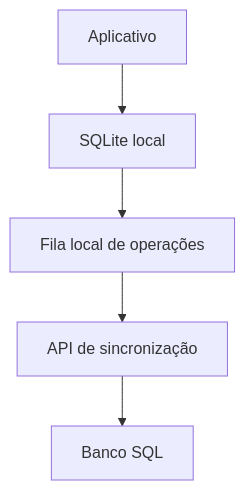
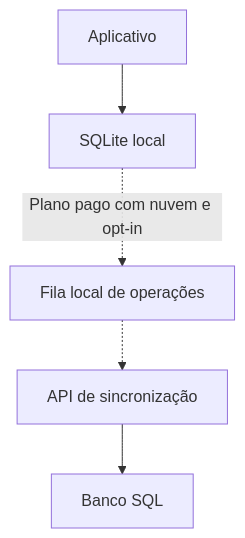
One commit to Proviziona/proviziona changed the diagram in docs/architecture.md. Above: the diagram before and after it, drawn with Mermaid. The commit also changed other lines of this file and 24 other files, not shown here.

````diff
--- a/docs/architecture.md
+++ b/docs/architecture.md
@@ -15,7 +17,7 @@
 ```mermaid
 flowchart TD
     A["Aplicativo"] --> B["SQLite local"]
-    B --> C["Fila local de operações"]
-    C --> D["API de sincronização"]
+    B -. "Plano pago com nuvem e opt-in" .-> C["Fila local de operações"]
+    C -.-> D["API de sincronização"]
     D --> E["Banco SQL"]
 ```
````
